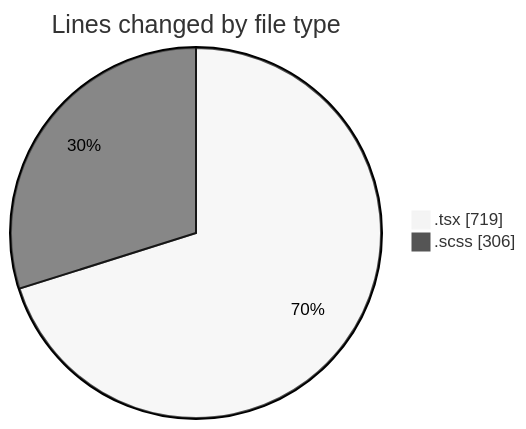
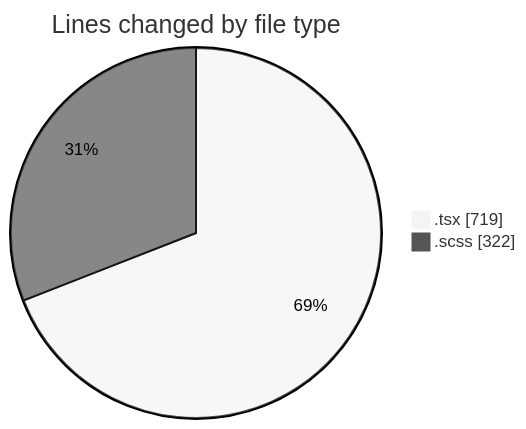
One commit to momahboobian/code-tracking changed the first of 2 diagrams in 2025-10-06/cda/README.md. Above: the diagram before and after it, drawn with Mermaid (neutral theme). The commit also changed other lines of this file and 1 other file, not shown here.

````diff
--- a/2025-10-06/cda/README.md
+++ b/2025-10-06/cda/README.md
@@ -23,6 +23,6 @@
 ```mermaid
 pie showData
 title Lines changed by file type
 ".tsx" : 719
-".scss" : 306
+".scss" : 322
 ```
````
